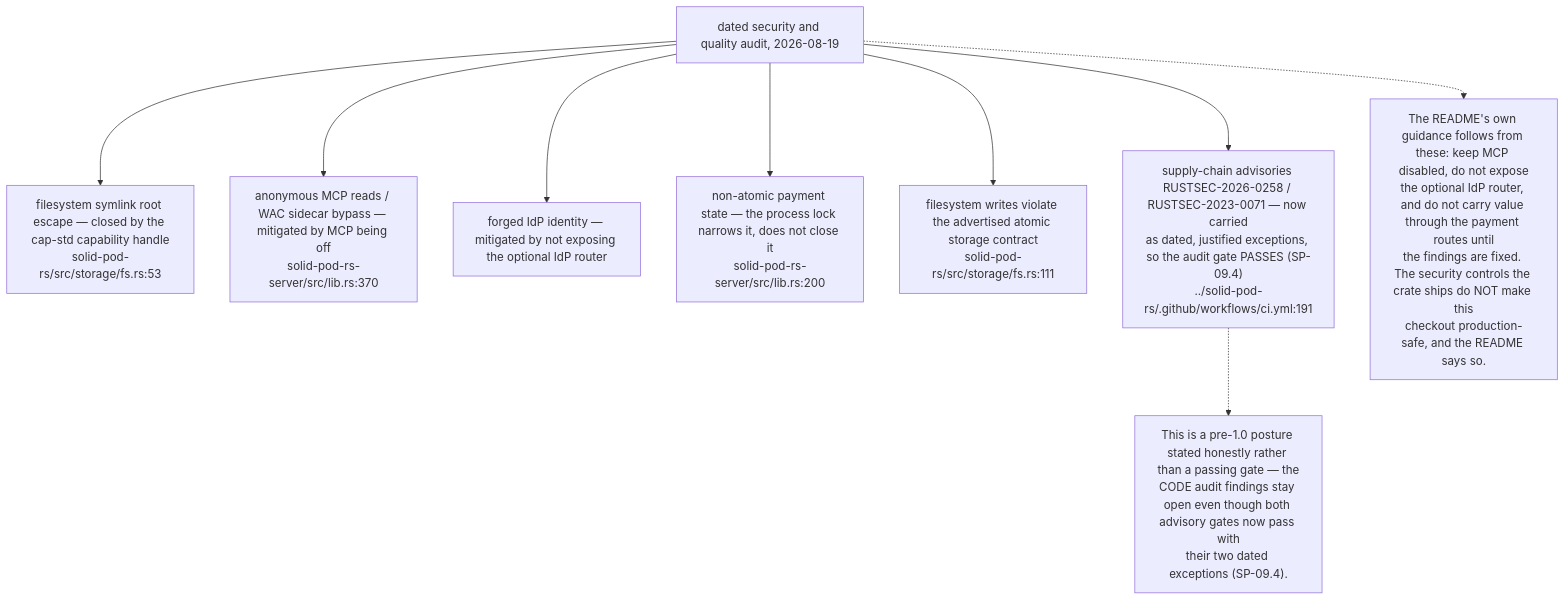
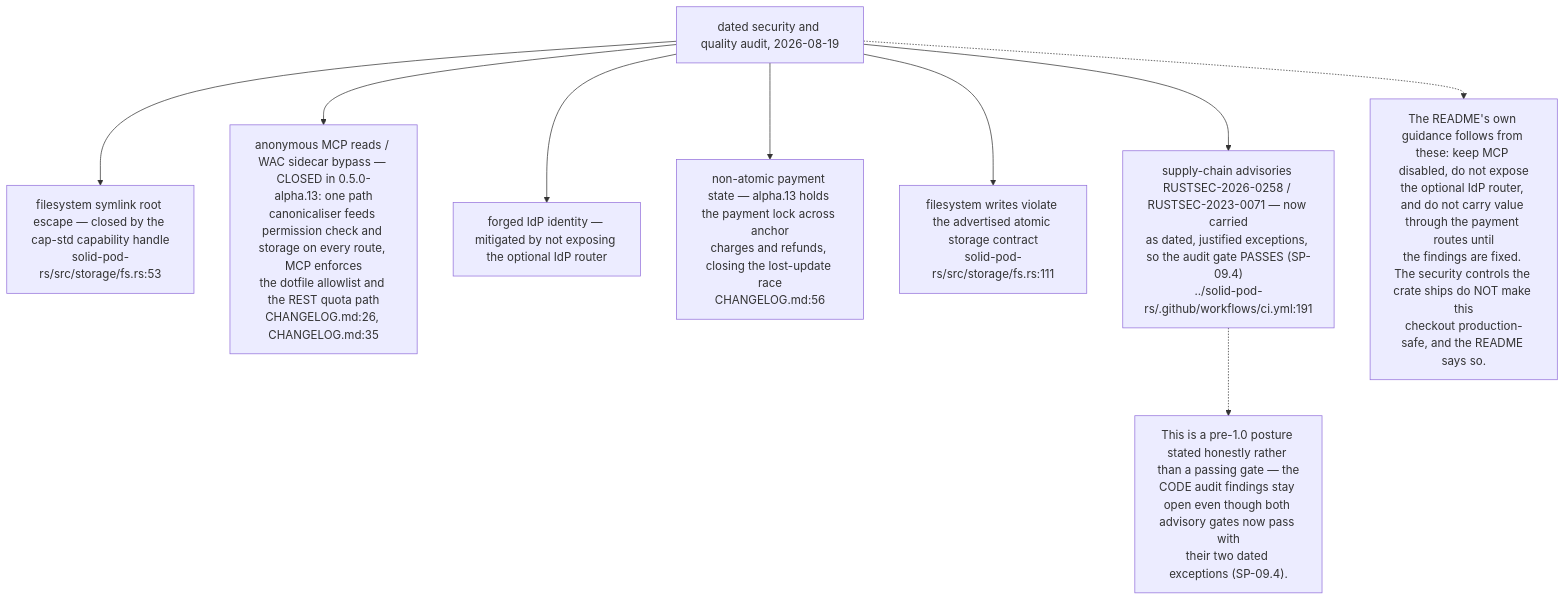
One commit to DreamLab-AI/VisionFlow changed the eighth of 12 diagrams in docs/diagrams/solid-pod-rs/10-failure-modes-and-invariants.md. Above: the diagram before and after it, drawn with Mermaid. The commit also changed other lines of this file and 10 other files, not shown here.

First line of the commit message:
docs(diagrams): close ER-1 to ER-4 and ER-33 across ten topics, re-stamped

````diff
--- a/docs/diagrams/solid-pod-rs/10-failure-modes-and-invariants.md
+++ b/docs/diagrams/solid-pod-rs/10-failure-modes-and-invariants.md
@@ -221,22 +222,22 @@
 ```mermaid
 flowchart TD
     A["dated security and quality audit, 2026-08-19"]
     F1["filesystem symlink root escape — closed by the cap-std capability handle<br/>solid-pod-rs/src/storage/fs.rs:53"]
-    F2["anonymous MCP reads / WAC sidecar bypass — mitigated by MCP being off<br/>solid-pod-rs-server/src/lib.rs:370"]
+    F2["anonymous MCP reads / WAC sidecar bypass — CLOSED in 0.5.0-alpha.13: one path<br/>canonicaliser feeds permission check and storage on every route, MCP enforces<br/>the dotfile allowlist and the REST quota path<br/>CHANGELOG.md:26, CHANGELOG.md:35"]
     F3["forged IdP identity — mitigated by not exposing the optional IdP router"]
-    F4["non-atomic payment state — the process lock narrows it, does not close it<br/>solid-pod-rs-server/src/lib.rs:200"]
+    F4["non-atomic payment state — alpha.13 holds the payment lock across anchor<br/>charges and refunds, closing the lost-update race<br/>CHANGELOG.md:56"]
     F5["filesystem writes violate the advertised atomic storage contract<br/>solid-pod-rs/src/storage/fs.rs:111"]
     F6["supply-chain advisories RUSTSEC-2026-0258 / RUSTSEC-2023-0071 — now carried<br/>as dated, justified exceptions, so the audit gate PASSES (SP-09.4)<br/>../solid-pod-rs/.github/workflows/ci.yml:191"]
 
     A --> F1
     A --> F2
     A --> F3
     A --> F4
     A --> F5
     A --> F6
 
     N["The README's own guidance follows from these: keep MCP disabled, do not expose<br/>the optional IdP router, and do not carry value through the payment routes until<br/>the findings are fixed. The security controls the crate ships do NOT make this<br/>checkout production-safe, and the README says so."]
     A -.-> N
     N2["This is a pre-1.0 posture stated honestly rather than a passing gate — the<br/>CODE audit findings stay open even though both advisory gates now pass with<br/>their two dated exceptions (SP-09.4)."]
     F6 -.-> N2
 ```
````
